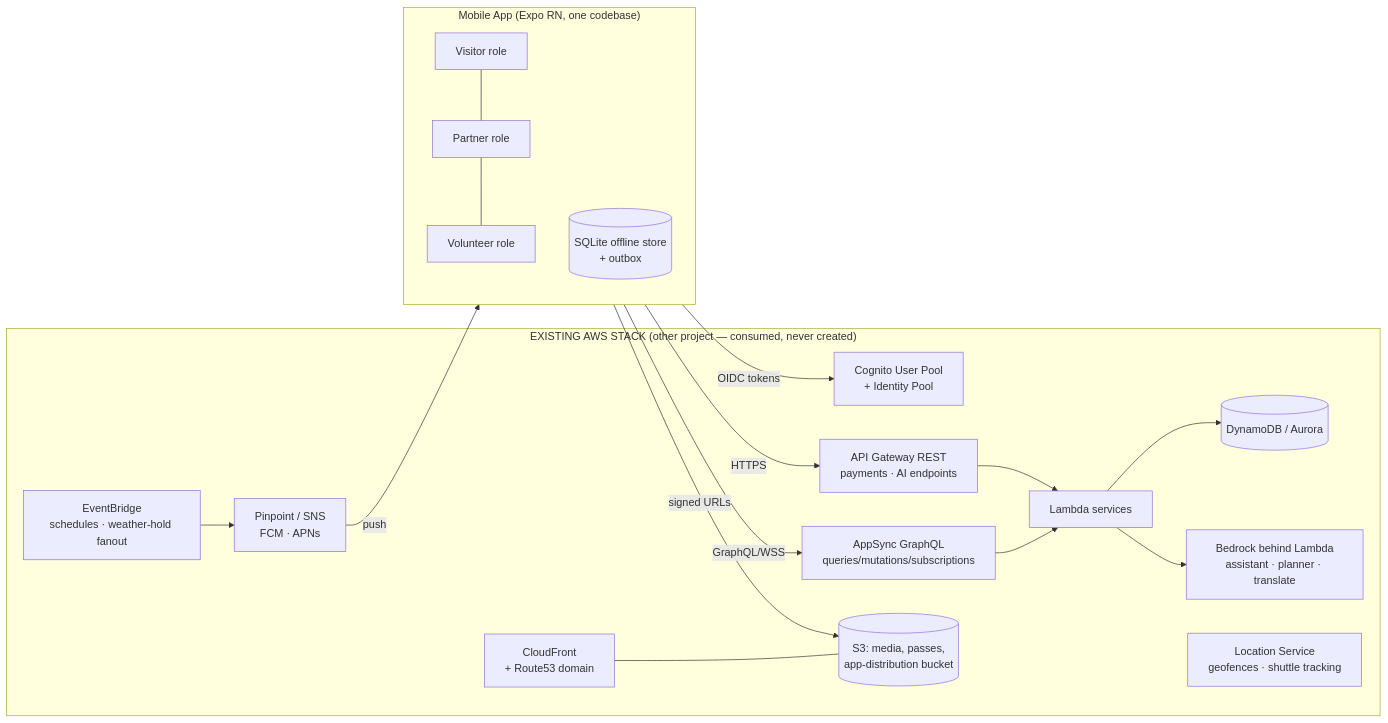
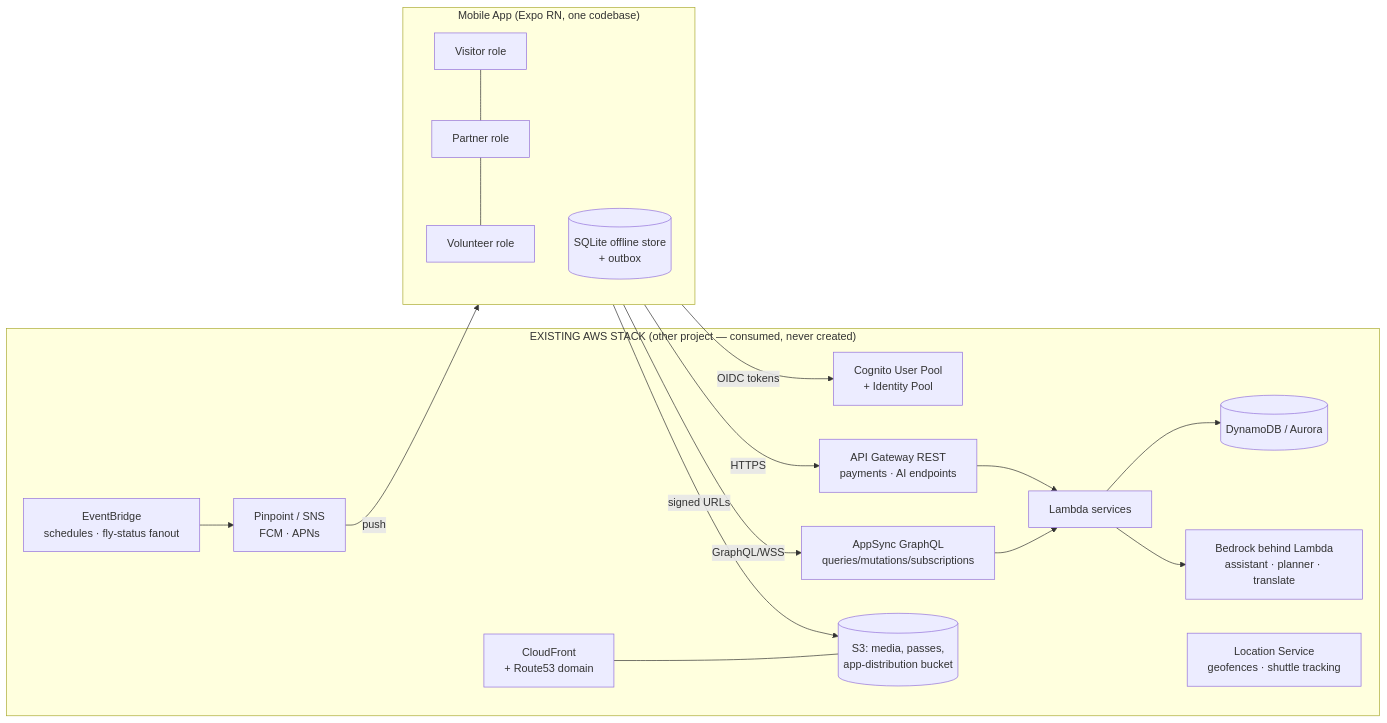
One commit to sankat447/company-demos changed the diagram in TGHEF-2026/bir-mobile/docs/ARCHITECTURE.md. Above: the diagram before and after it, drawn with Mermaid. The commit also changed other lines of this file and 4 other files, not shown here.

````diff
--- a/TGHEF-2026/bir-mobile/docs/ARCHITECTURE.md
+++ b/TGHEF-2026/bir-mobile/docs/ARCHITECTURE.md
@@ -12,29 +18,29 @@
 ```mermaid
 flowchart LR
   subgraph Device["Mobile App (Expo RN, one codebase)"]
     V[Visitor role] --- P[Partner role] --- W[Volunteer role]
     OFF[(SQLite offline store\n+ outbox)]
   end
 
   subgraph AWS["EXISTING AWS STACK (other project — consumed, never created)"]
     COG[Cognito User Pool\n+ Identity Pool]
     GQL[AppSync GraphQL\nqueries/mutations/subscriptions]
     REST[API Gateway REST\npayments · AI endpoints]
     L[Lambda services]
     DB[(DynamoDB / Aurora)]
     S3[(S3: media, passes,\napp-distribution bucket)]
     CF[CloudFront\n+ Route53 domain]
     PIN[Pinpoint / SNS\nFCM · APNs]
     BR[Bedrock behind Lambda\nassistant · planner · translate]
-    EVB[EventBridge\nschedules · weather-hold fanout]
+    EVB[EventBridge\nschedules · fly-status fanout]
     LOC[Location Service\ngeofences · shuttle tracking]
   end
 
   Device -- OIDC tokens --> COG
   Device -- GraphQL/WSS --> GQL --> L --> DB
   Device -- HTTPS --> REST --> L --> BR
   Device -- signed URLs --> S3
   PIN -- push --> Device
   EVB --> PIN
   CF --- S3
 ```
````
